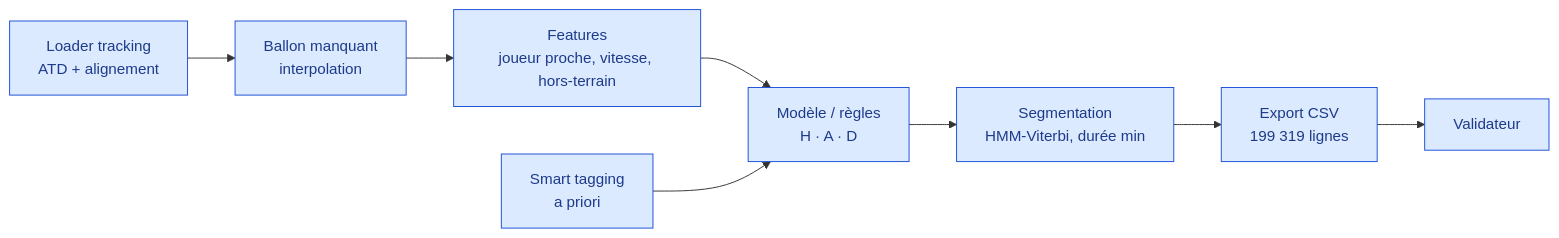
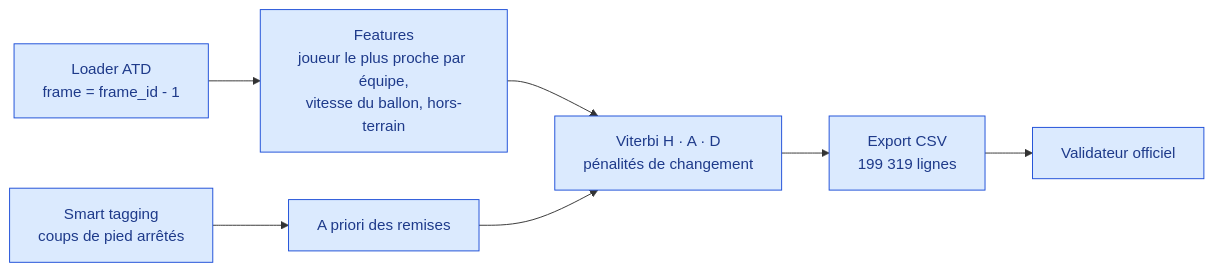
The diagram in CLAUDE.md (ArenaHackhaton/Arena), drawn with Mermaid before and after one commit. The commit also changed other lines of this file and 1 other file, not shown here.

````diff
--- a/CLAUDE.md
+++ b/CLAUDE.md
@@ -30,12 +32,11 @@
 ```mermaid
 flowchart LR
-    A[Loader tracking<br/>ATD + alignement] --> B[Ballon manquant<br/>interpolation]
-    B --> C[Features<br/>joueur proche, vitesse, hors-terrain]
-    C --> D[Modèle / règles<br/>H · A · D]
-    D --> E[Segmentation<br/>HMM-Viterbi, durée min]
-    F[Smart tagging<br/>a priori] --> D
+    A[Loader ATD<br/>frame = frame_id - 1] --> C[Features<br/>joueur le plus proche par équipe,<br/>vitesse du ballon, hors-terrain]
+    F[Smart tagging<br/>coups de pied arrêtés] --> P[A priori des remises]
+    C --> E[Viterbi H · A · D<br/>pénalités de changement]
+    P --> E
     E --> G[Export CSV<br/>199 319 lignes]
-    G --> H[Validateur]
+    G --> H[Validateur officiel]
     classDef step fill:#dbeafe,stroke:#1d4ed8,color:#1e3a8a;
-    class A,B,C,D,E,F,G,H step;
+    class A,C,F,P,E,G,H step;
 ```
````
